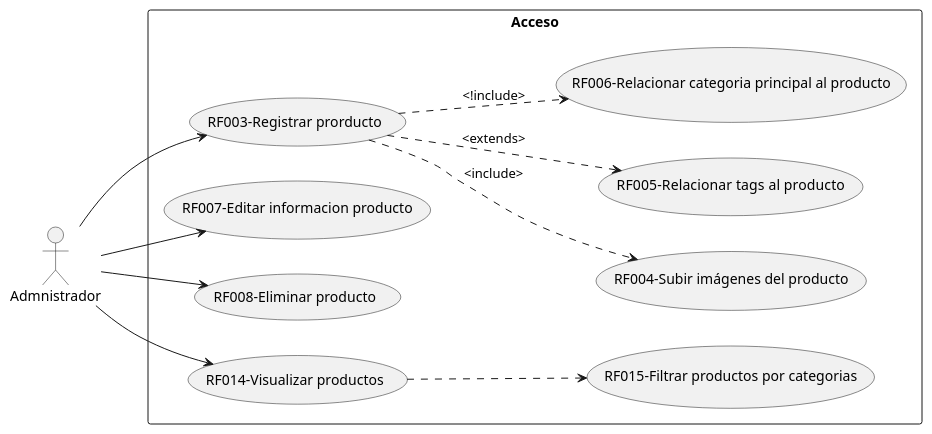
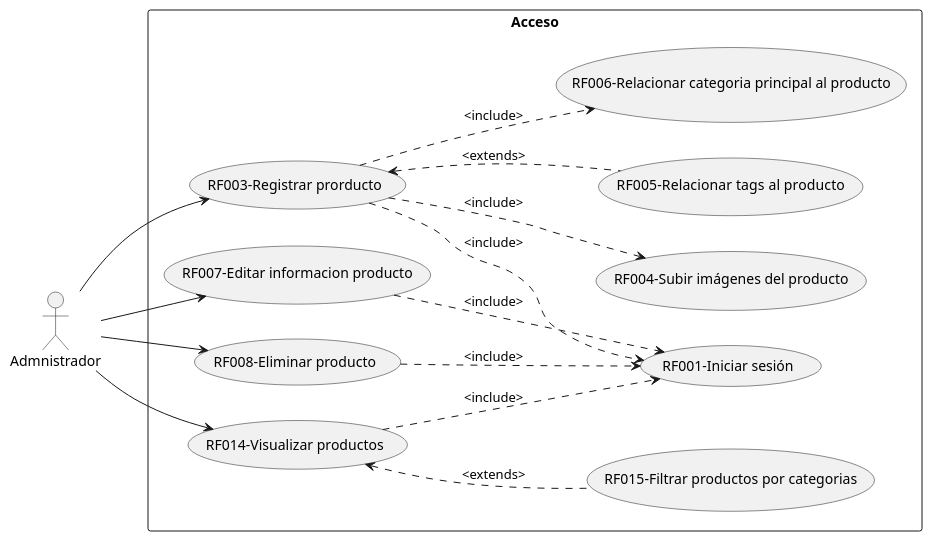
One commit to Los-Waza/MetalK_Documentation changed the diagram in CasosDeUso/metalK_cdu_productos.puml. Above: the diagram before and after it, drawn with PlantUML. The commit also changed 8 other files, not shown here.

```diff
--- a/CasosDeUso/metalK_cdu_productos.puml
+++ b/CasosDeUso/metalK_cdu_productos.puml
@@ -1,30 +1,33 @@
 @startuml MetalK_UseCases_Products
     left to right direction
-    skinparam linetype orto
 
     actor Admnistrador as a
 
     rectangle Acceso{
+        usecase "RF001-Iniciar sesión" as RF001
         usecase "RF003-Registrar prorducto" as RF003
         usecase "RF004-Subir imágenes del producto" as RF004
         usecase "RF005-Relacionar tags  al producto" as RF005
         usecase "RF006-Relacionar categoria principal al producto" as RF006
         usecase "RF007-Editar informacion producto" as RF007
         usecase "RF008-Eliminar producto" as RF008
         usecase "RF014-Visualizar productos" as RF014
         usecase "RF015-Filtrar productos por categorias" as RF015
-
     }
 
     a -down-> RF003
     RF003 .down.> RF004:<include>
-    RF003 .down.> RF005:<extends>
-    RF003 .down.> RF006:<!include>
+    RF003 <.down. RF005:<extends>
+    RF003 .down.> RF006:<include>
     a -down-> RF007
     a -down-> RF008
     a -down-> RF014
-    RF014 .down.> RF015
+    RF014 <.down. RF015:<extends>
+    RF003 .down.> RF001:<include>
+    RF007 .down.> RF001:<include>
+    RF008 .down.> RF001:<include>
+    RF014 .down.> RF001:<include>
 
 
 
 @enduml
```
